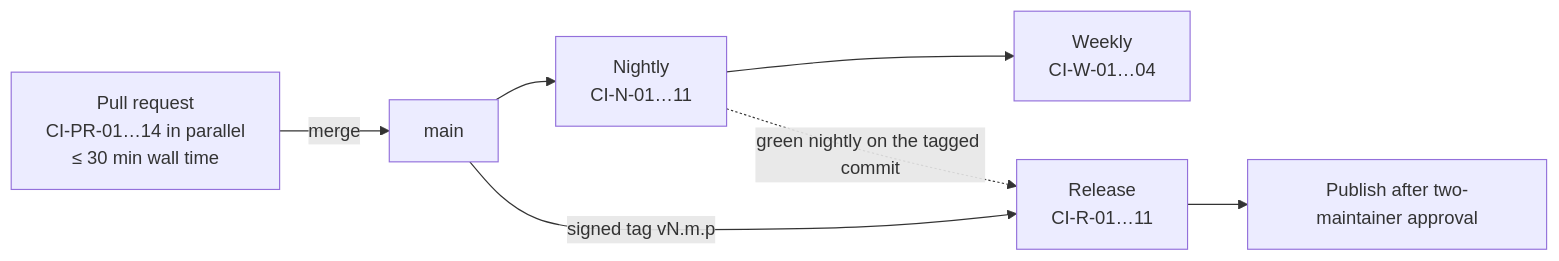
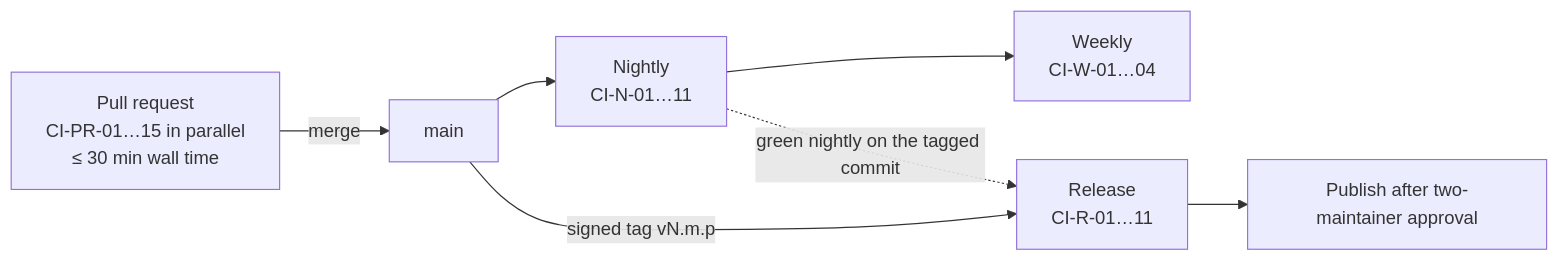
The second of 4 diagrams in docs/design/18-quality-security-release.md (Ironkode787/ElektraWatt), drawn with Mermaid before and after one commit. The commit also changed other lines of this file and 51 other files, not shown here.

````diff
--- a/docs/design/18-quality-security-release.md
+++ b/docs/design/18-quality-security-release.md
@@ -431,9 +462,9 @@
 ```mermaid
 flowchart LR
-  PR["Pull request<br/>CI-PR-01…14 in parallel<br/>≤ 30 min wall time"] -->|merge| MAIN[main]
+  PR["Pull request<br/>CI-PR-01…15 in parallel<br/>≤ 30 min wall time"] -->|merge| MAIN[main]
   MAIN --> N["Nightly<br/>CI-N-01…11"]
   N --> W["Weekly<br/>CI-W-01…04"]
   MAIN -->|"signed tag vN.m.p"| R["Release<br/>CI-R-01…11"]
   N -.->|"green nightly on the tagged commit"| R
   R --> PUB["Publish after two-maintainer approval"]
 ```
````
